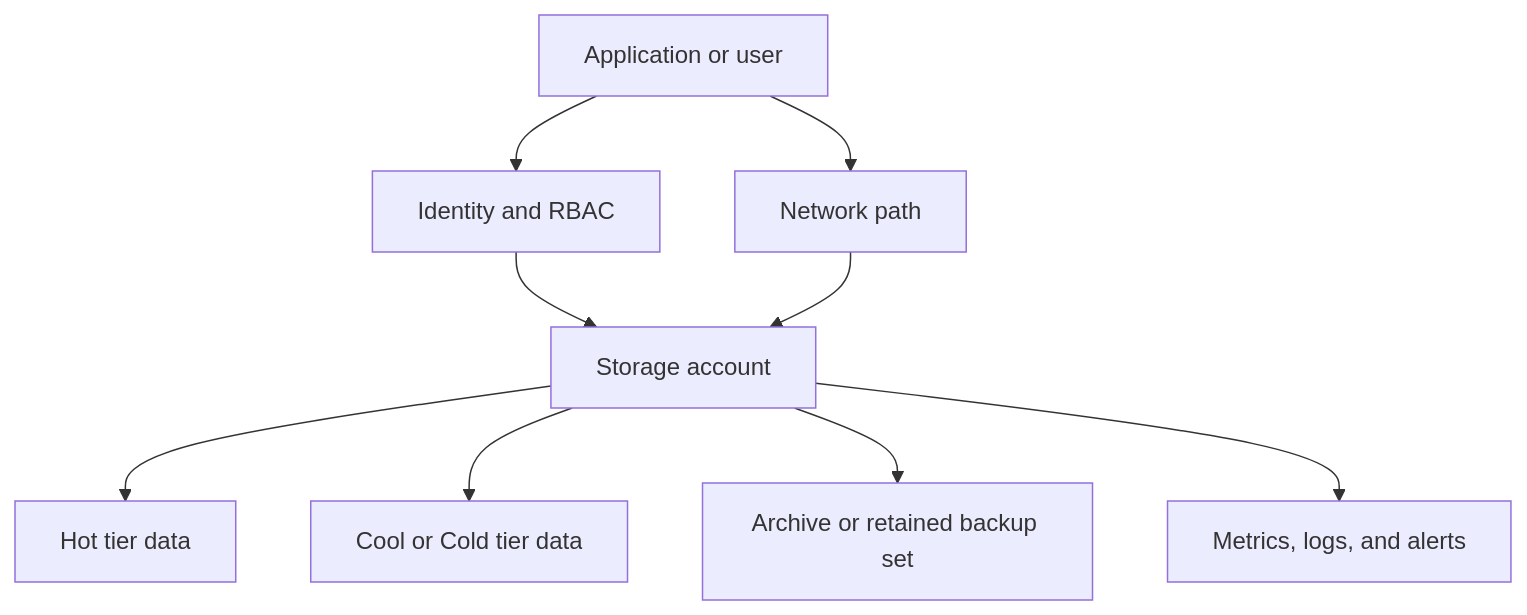
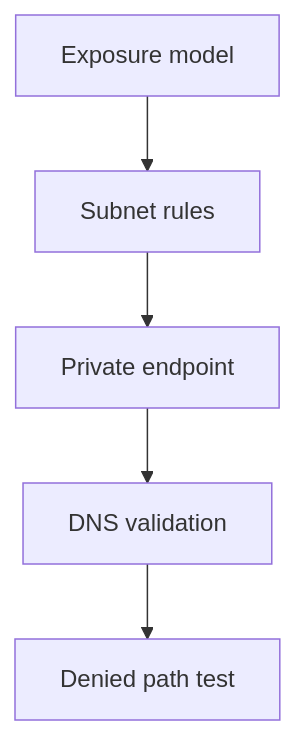
One commit to yeongseon/azure-storage-practical-guide changed the diagram in docs/best-practices/networking-best-practices.md. Above: the diagram before and after it, drawn with Mermaid. The commit also changed other lines of this file and 90 other files, not shown here.

````diff
--- a/docs/best-practices/networking-best-practices.md
+++ b/docs/best-practices/networking-best-practices.md
@@ -416,11 +30,12 @@
 ```mermaid
 flowchart TD
-    A[Application or user] --> B[Identity and RBAC]
-    A --> C[Network path]
-    B --> D[Storage account]
+    A[Exposure model]
+    B[Subnet rules]
+    A --> B
+    C[Private endpoint]
+    B --> C
+    D[DNS validation]
     C --> D
-    D --> E[Hot tier data]
-    D --> F[Cool or Cold tier data]
-    D --> G[Archive or retained backup set]
-    D --> H[Metrics, logs, and alerts]
+    E[Denied path test]
+    D --> E
 ```
````
